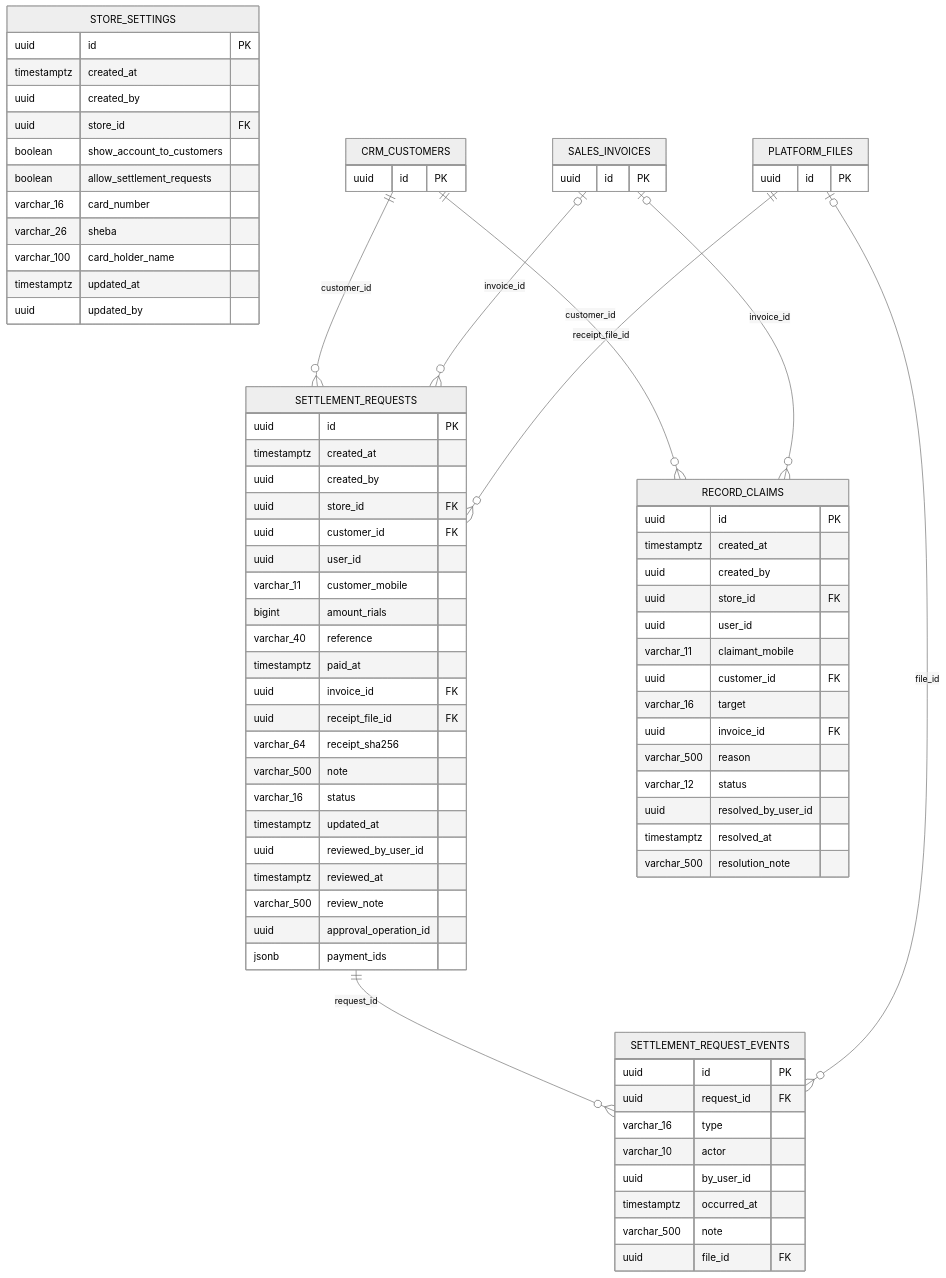
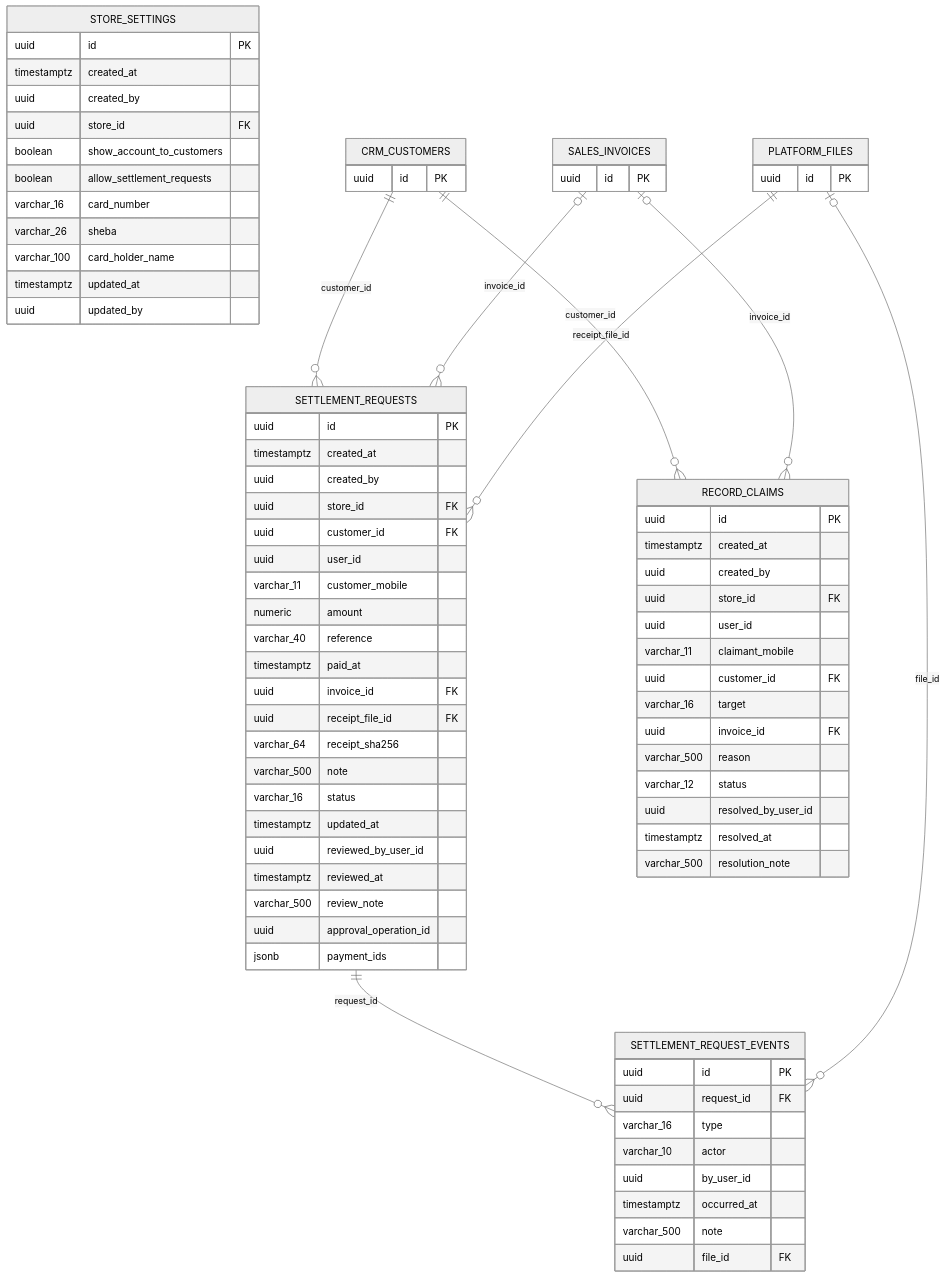
One commit to arefzamani9971/2kni-front-end changed the ninth of 13 diagrams in docs/reference/backend/database.md. Above: the diagram before and after it, drawn with Mermaid (neutral theme). The commit also changed other lines of this file and 44 other files, not shown here.

````diff
--- a/docs/reference/backend/database.md
+++ b/docs/reference/backend/database.md
@@ -2564,81 +2564,81 @@
 ```mermaid
 erDiagram
     STORE_SETTINGS {
         uuid id PK
         timestamptz created_at
         uuid created_by
         uuid store_id FK
         boolean show_account_to_customers
         boolean allow_settlement_requests
         varchar_16 card_number
         varchar_26 sheba
         varchar_100 card_holder_name
         timestamptz updated_at
         uuid updated_by
     }
     SETTLEMENT_REQUESTS {
         uuid id PK
         timestamptz created_at
         uuid created_by
         uuid store_id FK
         uuid customer_id FK
         uuid user_id
         varchar_11 customer_mobile
-        bigint amount_rials
+        numeric amount
         varchar_40 reference
         timestamptz paid_at
         uuid invoice_id FK
         uuid receipt_file_id FK
         varchar_64 receipt_sha256
         varchar_500 note
         varchar_16 status
         timestamptz updated_at
         uuid reviewed_by_user_id
         timestamptz reviewed_at
         varchar_500 review_note
         uuid approval_operation_id
         jsonb payment_ids
     }
     SETTLEMENT_REQUEST_EVENTS {
         uuid id PK
         uuid request_id FK
         varchar_16 type
         varchar_10 actor
         uuid by_user_id
         timestamptz occurred_at
         varchar_500 note
         uuid file_id FK
     }
     RECORD_CLAIMS {
         uuid id PK
         timestamptz created_at
         uuid created_by
         uuid store_id FK
         uuid user_id
         varchar_11 claimant_mobile
         uuid customer_id FK
         varchar_16 target
         uuid invoice_id FK
         varchar_500 reason
         varchar_12 status
         uuid resolved_by_user_id
         timestamptz resolved_at
         varchar_500 resolution_note
     }
     CRM_CUSTOMERS {
         uuid id PK
     }
     SALES_INVOICES {
         uuid id PK
     }
     PLATFORM_FILES {
         uuid id PK
     }
     CRM_CUSTOMERS ||--o{ SETTLEMENT_REQUESTS : "customer_id"
     SALES_INVOICES |o--o{ SETTLEMENT_REQUESTS : "invoice_id"
     PLATFORM_FILES ||--o{ SETTLEMENT_REQUESTS : "receipt_file_id"
     SETTLEMENT_REQUESTS ||--o{ SETTLEMENT_REQUEST_EVENTS : "request_id"
     PLATFORM_FILES |o--o{ SETTLEMENT_REQUEST_EVENTS : "file_id"
     CRM_CUSTOMERS ||--o{ RECORD_CLAIMS : "customer_id"
     SALES_INVOICES |o--o{ RECORD_CLAIMS : "invoice_id"
 ```
````
